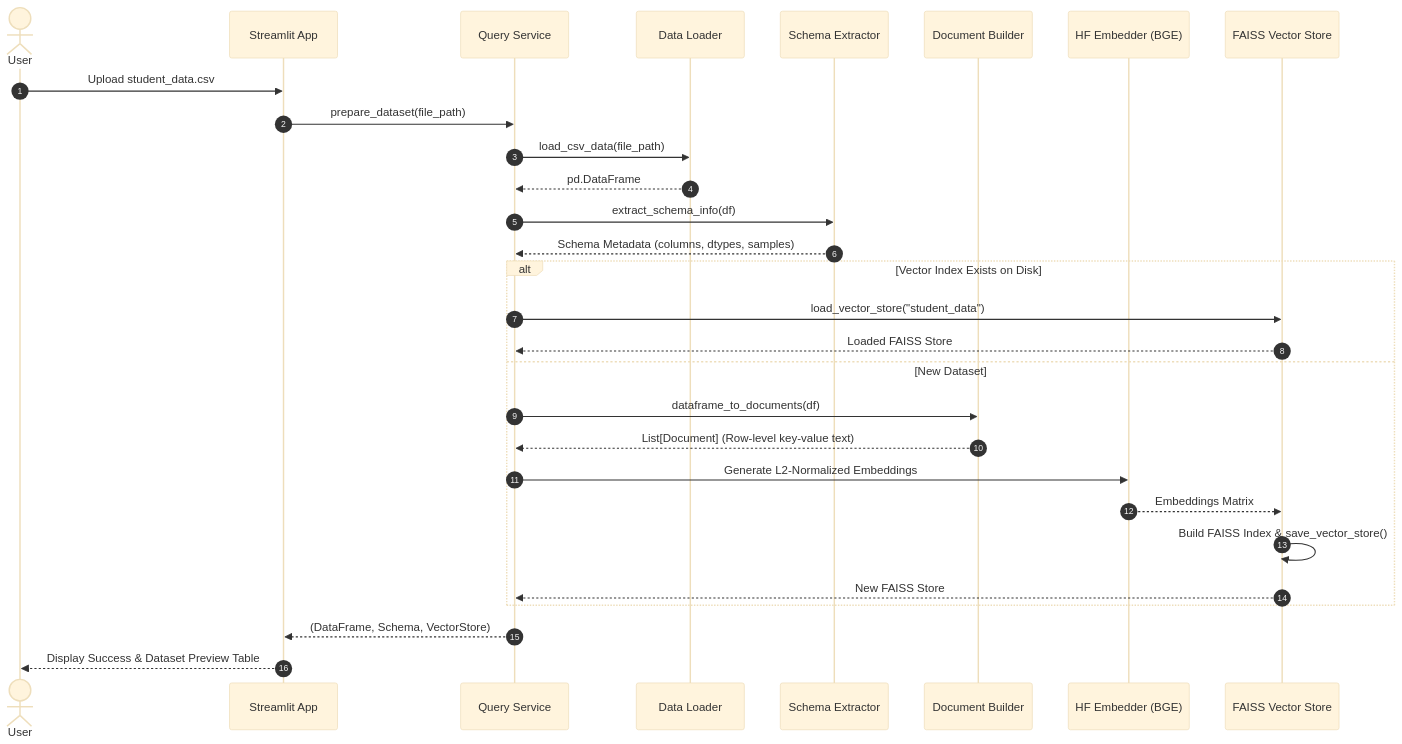
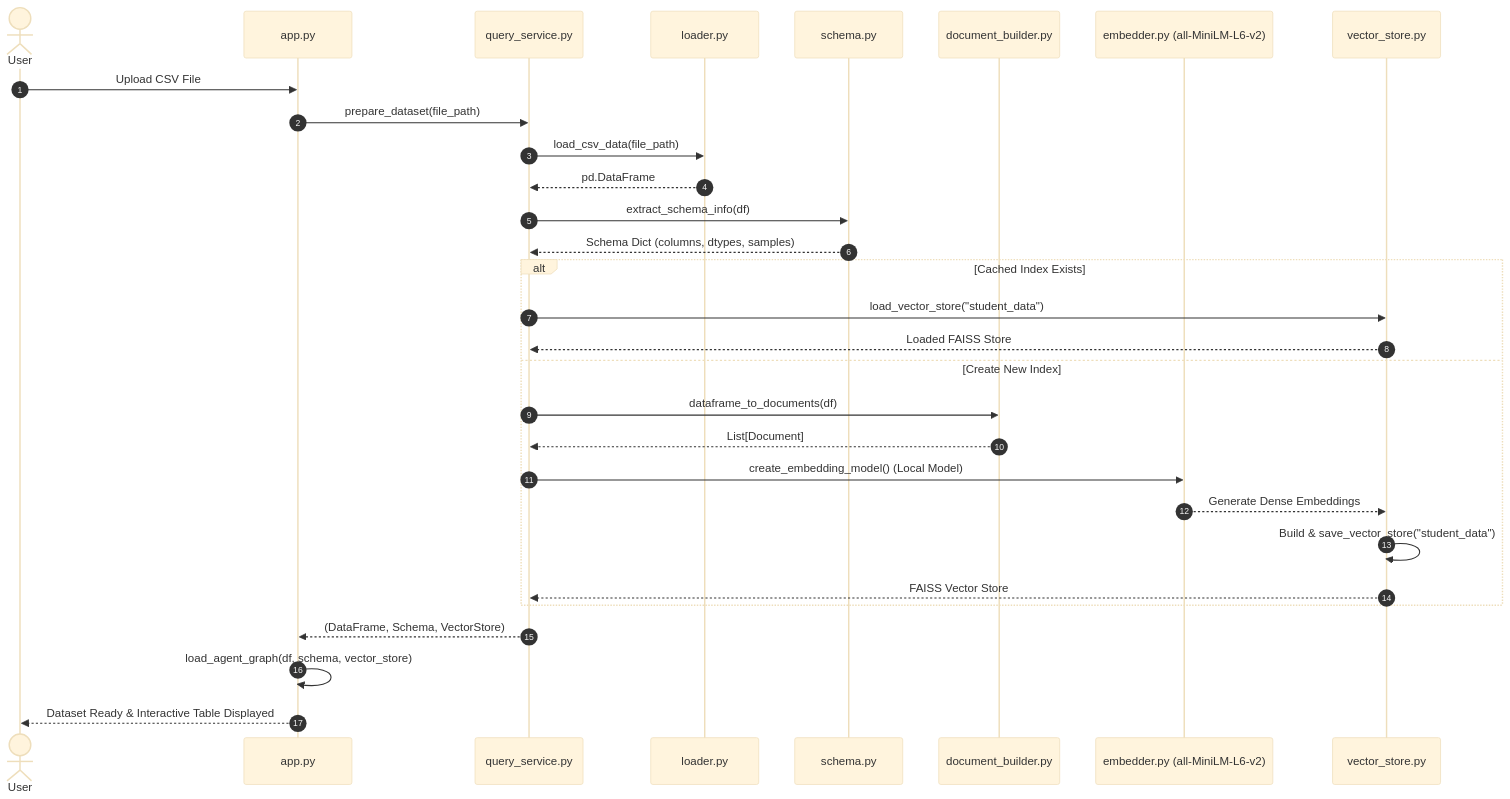
Before and after one commit to niravrupapara/StudentData-AI-Agent: the third of 3 diagrams in README.md, drawn with Mermaid (base theme). The commit also changed other lines of this file and 11 other files, not shown here.

Commit message:
feat: migrate agent to dynamic LangGraph ReAct tool calling and add local embedding support

````diff
--- a/README.md
+++ b/README.md
@@ -170,34 +194,35 @@
 ```mermaid
 sequenceDiagram
     autonumber
     actor User
-    participant UI as Streamlit App
-    participant QS as Query Service
-    participant Loader as Data Loader
-    participant Schema as Schema Extractor
-    participant DocBuilder as Document Builder
-    participant Embedder as HF Embedder (BGE)
-    participant VS as FAISS Vector Store
+    participant Streamlit as app.py
+    participant Service as query_service.py
+    participant Loader as loader.py
+    participant Schema as schema.py
+    participant DocBuilder as document_builder.py
+    participant Embedder as embedder.py (all-MiniLM-L6-v2)
+    participant FAISS as vector_store.py
 
-    User->>UI: Upload student_data.csv
-    UI->>QS: prepare_dataset(file_path)
-    QS->>Loader: load_csv_data(file_path)
-    Loader-->>QS: pd.DataFrame
-    QS->>Schema: extract_schema_info(df)
-    Schema-->>QS: Schema Metadata (columns, dtypes, samples)
-    
-    alt Vector Index Exists on Disk
-        QS->>VS: load_vector_store("student_data")
-        VS-->>QS: Loaded FAISS Store
-    else New Dataset
-        QS->>DocBuilder: dataframe_to_documents(df)
-        DocBuilder-->>QS: List[Document] (Row-level key-value text)
-        QS->>Embedder: Generate L2-Normalized Embeddings
-        Embedder-->>VS: Embeddings Matrix
-        VS->>VS: Build FAISS Index & save_vector_store()
-        VS-->>QS: New FAISS Store
+    User->>Streamlit: Upload CSV File
+    Streamlit->>Service: prepare_dataset(file_path)
+    Service->>Loader: load_csv_data(file_path)
+    Loader-->>Service: pd.DataFrame
+    Service->>Schema: extract_schema_info(df)
+    Schema-->>Service: Schema Dict (columns, dtypes, samples)
+
+    alt Cached Index Exists
+        Service->>FAISS: load_vector_store("student_data")
+        FAISS-->>Service: Loaded FAISS Store
+    else Create New Index
+        Service->>DocBuilder: dataframe_to_documents(df)
+        DocBuilder-->>Service: List[Document]
+        Service->>Embedder: create_embedding_model() (Local Model)
+        Embedder-->>FAISS: Generate Dense Embeddings
+        FAISS->>FAISS: Build & save_vector_store("student_data")
+        FAISS-->>Service: FAISS Vector Store
     end
 
-    QS-->>UI: (DataFrame, Schema, VectorStore)
-    UI-->>User: Display Success & Dataset Preview Table
+    Service-->>Streamlit: (DataFrame, Schema, VectorStore)
+    Streamlit->>Streamlit: load_agent_graph(df, schema, vector_store)
+    Streamlit-->>User: Dataset Ready & Interactive Table Displayed
 ```
````
